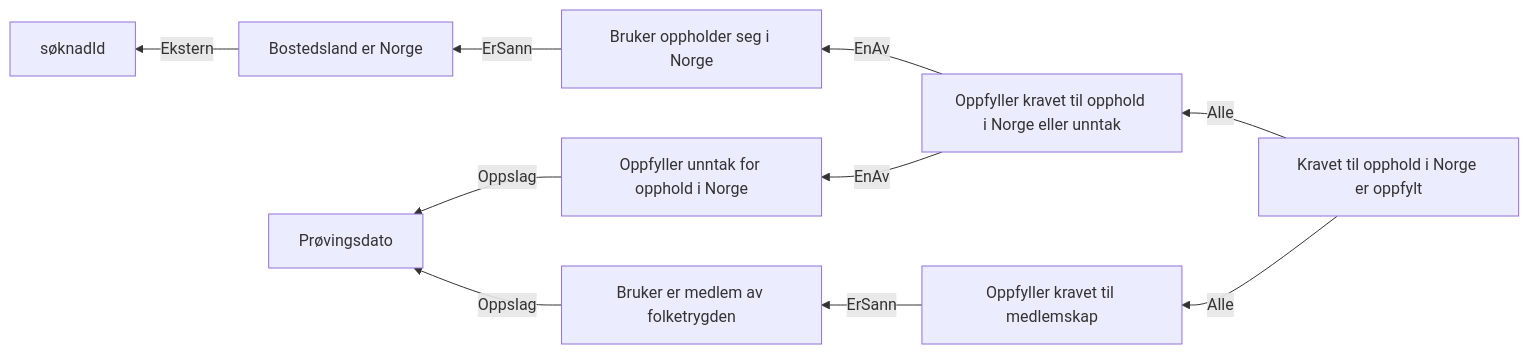
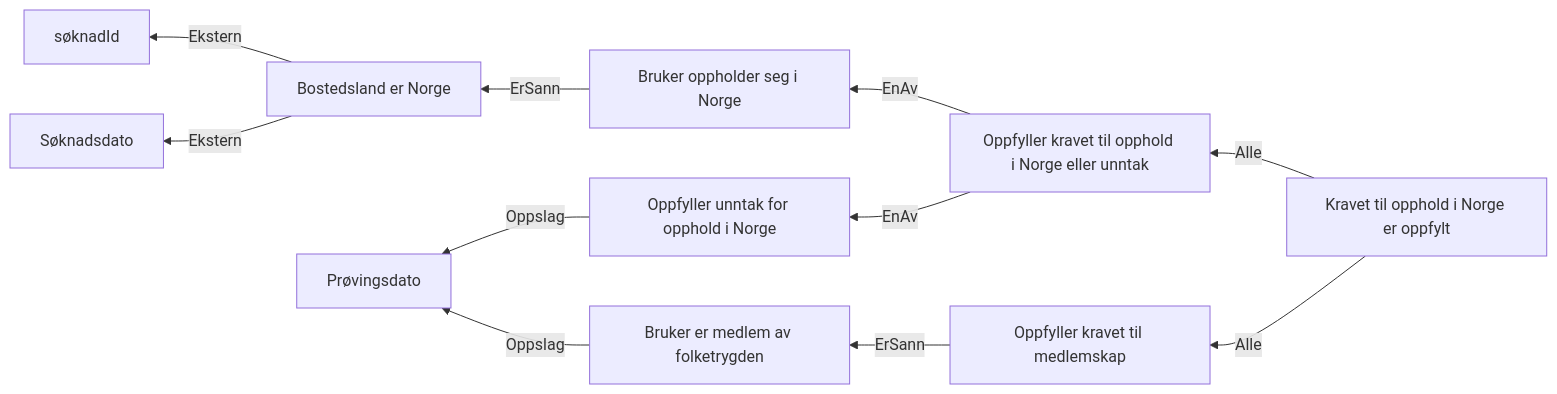
One commit to navikt/dp-behandling changed the diagram in docs/regler/§ 4-2. Opphold i Norge.approved.md. Above: the diagram before and after it, drawn with Mermaid. The commit also changed 14 other files, not shown here.

````diff
--- a/docs/regler/§ 4-2. Opphold i Norge.approved.md
+++ b/docs/regler/§ 4-2. Opphold i Norge.approved.md
@@ -5,12 +5,13 @@
 ```mermaid
 graph RL
   A["Bostedsland er Norge"] -->|"Ekstern"| B["søknadId"]
-  C["Bruker oppholder seg i Norge"] -->|"ErSann"| A["Bostedsland er Norge"]
-  D["Oppfyller unntak for opphold i Norge"] -->|"Oppslag"| E["Prøvingsdato"]
-  F["Oppfyller kravet til opphold i Norge eller unntak"] -->|"EnAv"| C["Bruker oppholder seg i Norge"]
-  F["Oppfyller kravet til opphold i Norge eller unntak"] -->|"EnAv"| D["Oppfyller unntak for opphold i Norge"]
-  G["Bruker er medlem av folketrygden"] -->|"Oppslag"| E["Prøvingsdato"]
-  H["Oppfyller kravet til medlemskap"] -->|"ErSann"| G["Bruker er medlem av folketrygden"]
-  I["Kravet til opphold i Norge er oppfylt"] -->|"Alle"| F["Oppfyller kravet til opphold i Norge eller unntak"]
-  I["Kravet til opphold i Norge er oppfylt"] -->|"Alle"| H["Oppfyller kravet til medlemskap"]
+  A["Bostedsland er Norge"] -->|"Ekstern"| C["Søknadsdato"]
+  D["Bruker oppholder seg i Norge"] -->|"ErSann"| A["Bostedsland er Norge"]
+  E["Oppfyller unntak for opphold i Norge"] -->|"Oppslag"| F["Prøvingsdato"]
+  G["Oppfyller kravet til opphold i Norge eller unntak"] -->|"EnAv"| D["Bruker oppholder seg i Norge"]
+  G["Oppfyller kravet til opphold i Norge eller unntak"] -->|"EnAv"| E["Oppfyller unntak for opphold i Norge"]
+  H["Bruker er medlem av folketrygden"] -->|"Oppslag"| F["Prøvingsdato"]
+  I["Oppfyller kravet til medlemskap"] -->|"ErSann"| H["Bruker er medlem av folketrygden"]
+  J["Kravet til opphold i Norge er oppfylt"] -->|"Alle"| G["Oppfyller kravet til opphold i Norge eller unntak"]
+  J["Kravet til opphold i Norge er oppfylt"] -->|"Alle"| I["Oppfyller kravet til medlemskap"]
 ```
````
